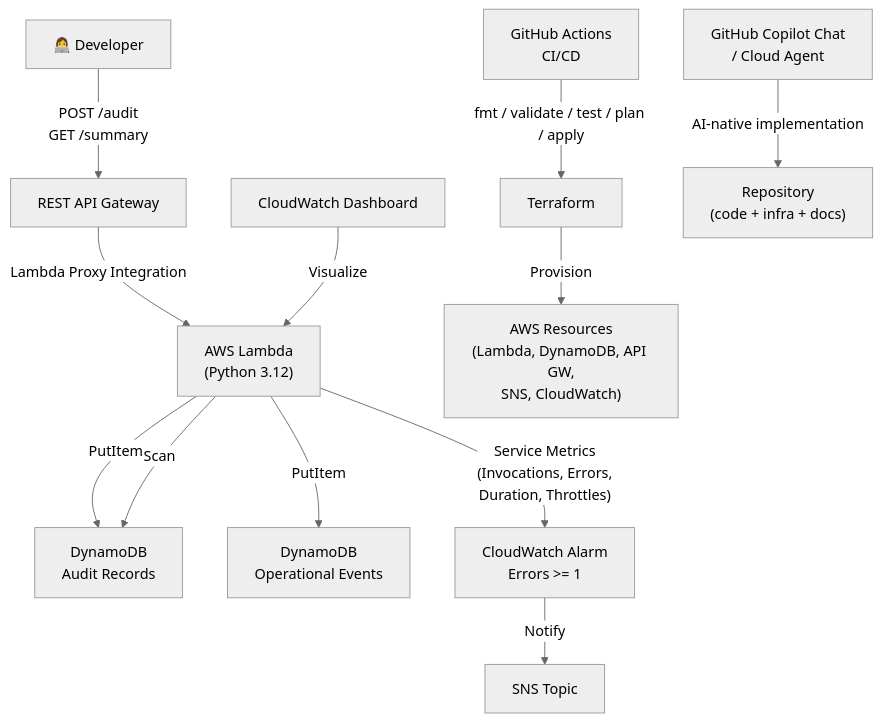
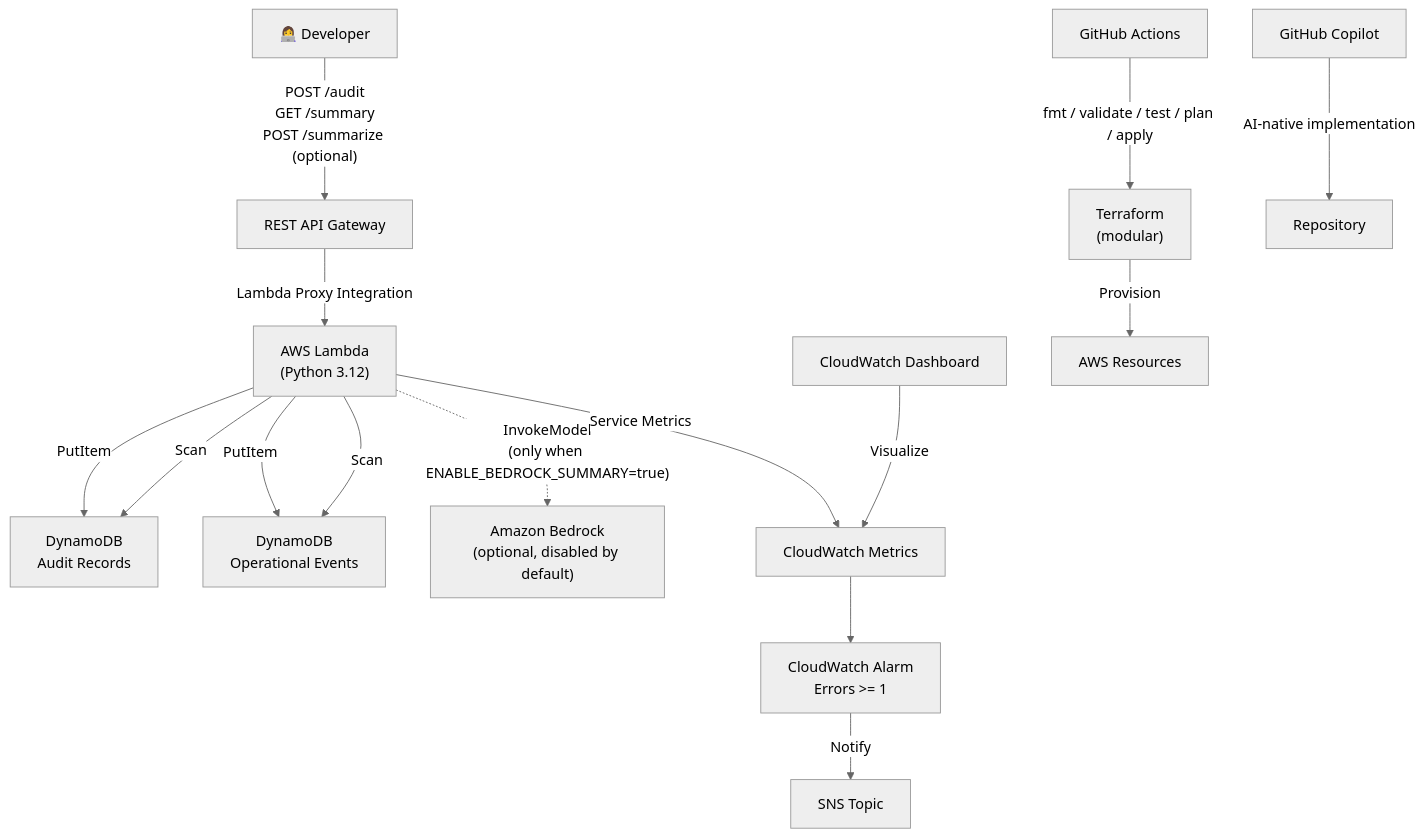
The diagram in README.md (lumen-maximus/ngx-interview), drawn with Mermaid (neutral theme) before and after one commit. The commit also changed other lines of this file and 8 other files, not shown here.

````diff
--- a/README.md
+++ b/README.md
@@ -58,14 +84,17 @@
 ```mermaid
 flowchart TD
-    Dev["👩‍💻 Developer"] -->|"POST /audit\nGET /summary"| APIGW["REST API Gateway"]
+    Dev["👩‍💻 Developer"] -->|"POST /audit\nGET /summary\nPOST /summarize (optional)"| APIGW["REST API Gateway"]
     APIGW -->|"Lambda Proxy Integration"| Lambda["AWS Lambda\n(Python 3.12)"]
     Lambda -->|"PutItem"| AuditDB["DynamoDB\nAudit Records"]
     Lambda -->|"PutItem"| EventsDB["DynamoDB\nOperational Events"]
     Lambda -->|"Scan"| AuditDB
-    Lambda -->|"Service Metrics\n(Invocations, Errors,\nDuration, Throttles)"| CWAlarm["CloudWatch Alarm\nErrors >= 1"]
+    Lambda -->|"Scan"| EventsDB
+    Lambda -. "InvokeModel\n(only when ENABLE_BEDROCK_SUMMARY=true)" .-> Bedrock["Amazon Bedrock\n(optional, disabled by default)"]
+    Lambda -->|"Service Metrics"| CWMetrics["CloudWatch Metrics"]
+    CWMetrics --> CWAlarm["CloudWatch Alarm\nErrors >= 1"]
     CWAlarm -->|"Notify"| SNS["SNS Topic"]
-    CWDash["CloudWatch Dashboard"] -->|"Visualize"| Lambda
-    GHA["GitHub Actions\nCI/CD"] -->|"fmt / validate / test / plan / apply"| TF["Terraform"]
-    TF -->|"Provision"| AWS["AWS Resources\n(Lambda, DynamoDB, API GW,\nSNS, CloudWatch)"]
-    Copilot["GitHub Copilot Chat\n/ Cloud Agent"] -->|"AI-native implementation"| Repo["Repository\n(code + infra + docs)"]
+    CWDash["CloudWatch Dashboard"] -->|"Visualize"| CWMetrics
+    GHA["GitHub Actions"] -->|"fmt / validate / test / plan / apply"| TF["Terraform\n(modular)"]
+    TF -->|"Provision"| AWS["AWS Resources"]
+    Copilot["GitHub Copilot"] -->|"AI-native implementation"| Repo["Repository"]
 ```
````
